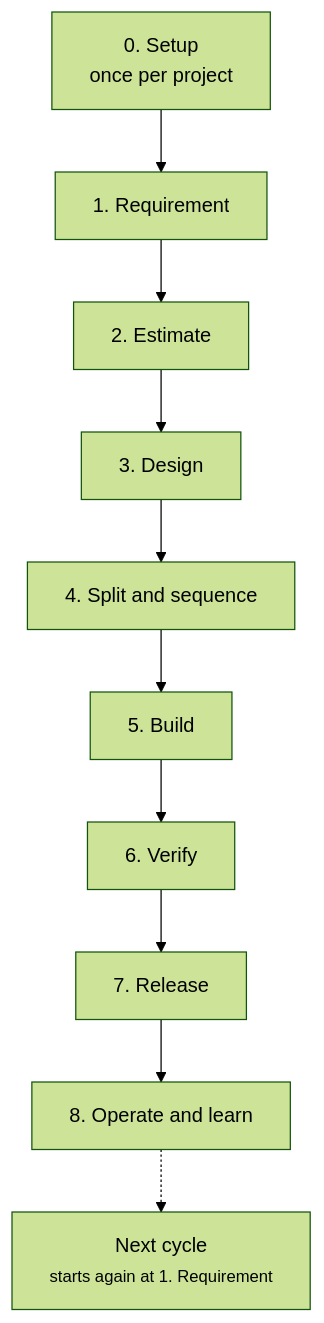
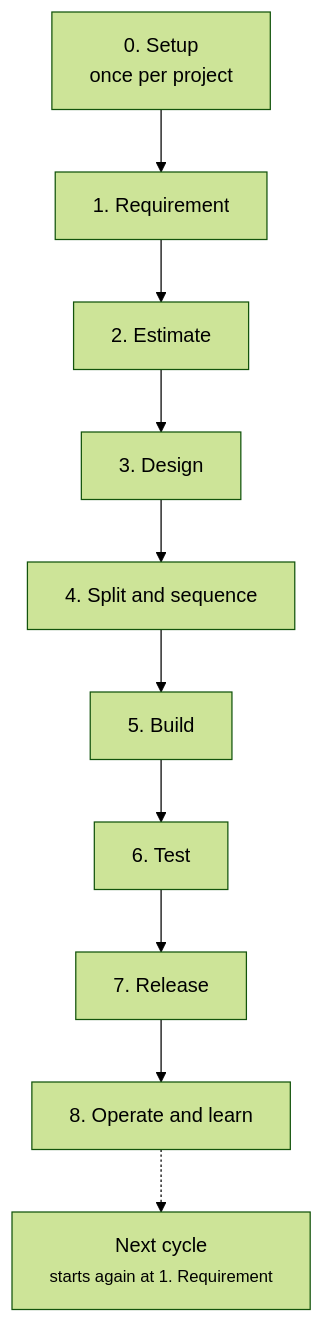
Before and after one commit to lamngockhuong/aiteamkit: the first of 3 diagrams in docs/flow/project-flow.md, drawn with Mermaid (forest theme). The commit also changed other lines of this file and 24 other files, not shown here.

````diff
--- a/docs/flow/project-flow.md
+++ b/docs/flow/project-flow.md
@@ -16,12 +16,12 @@
 ```mermaid
 flowchart TD
     P0["0. Setup<br/>once per project"] --> P1["1. Requirement"]
     P1 --> P2["2. Estimate"]
     P2 --> P3["3. Design"]
     P3 --> P4["4. Split and sequence"]
     P4 --> P5["5. Build"]
-    P5 --> P6["6. Verify"]
+    P5 --> P6["6. Test"]
     P6 --> P7["7. Release"]
     P7 --> P8["8. Operate and learn"]
     P8 -.-> NC["Next cycle<br/><small>starts again at 1. Requirement</small>"]
 ```
````
